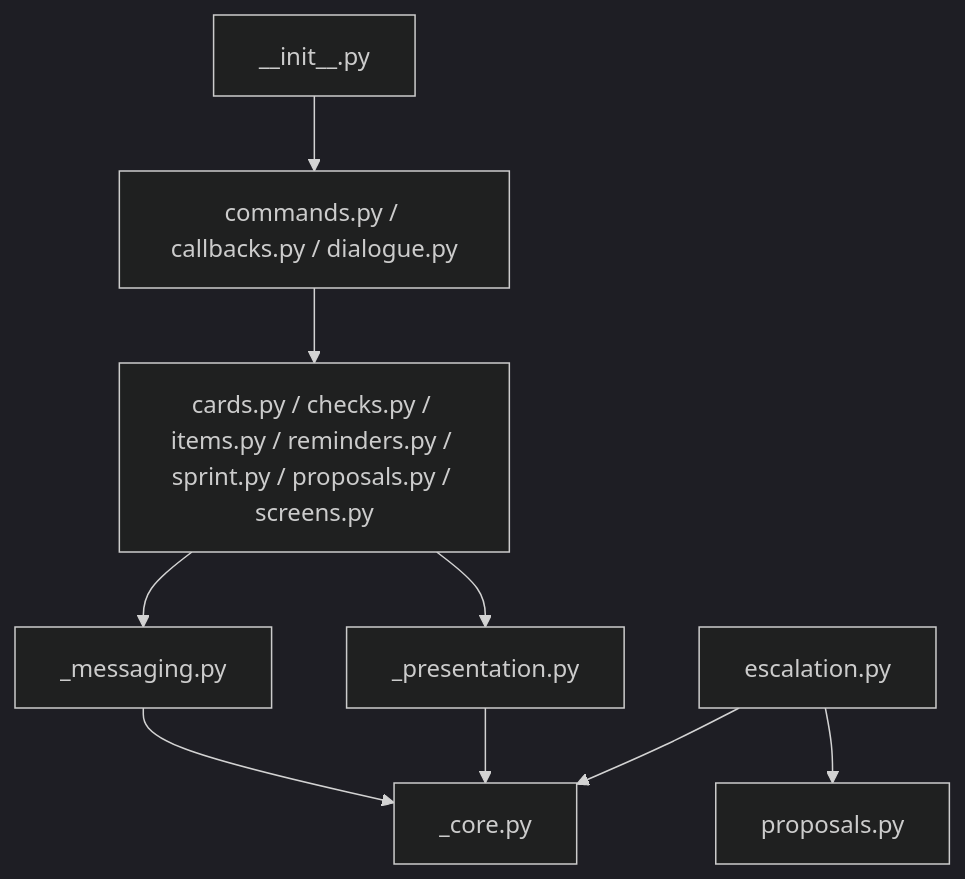
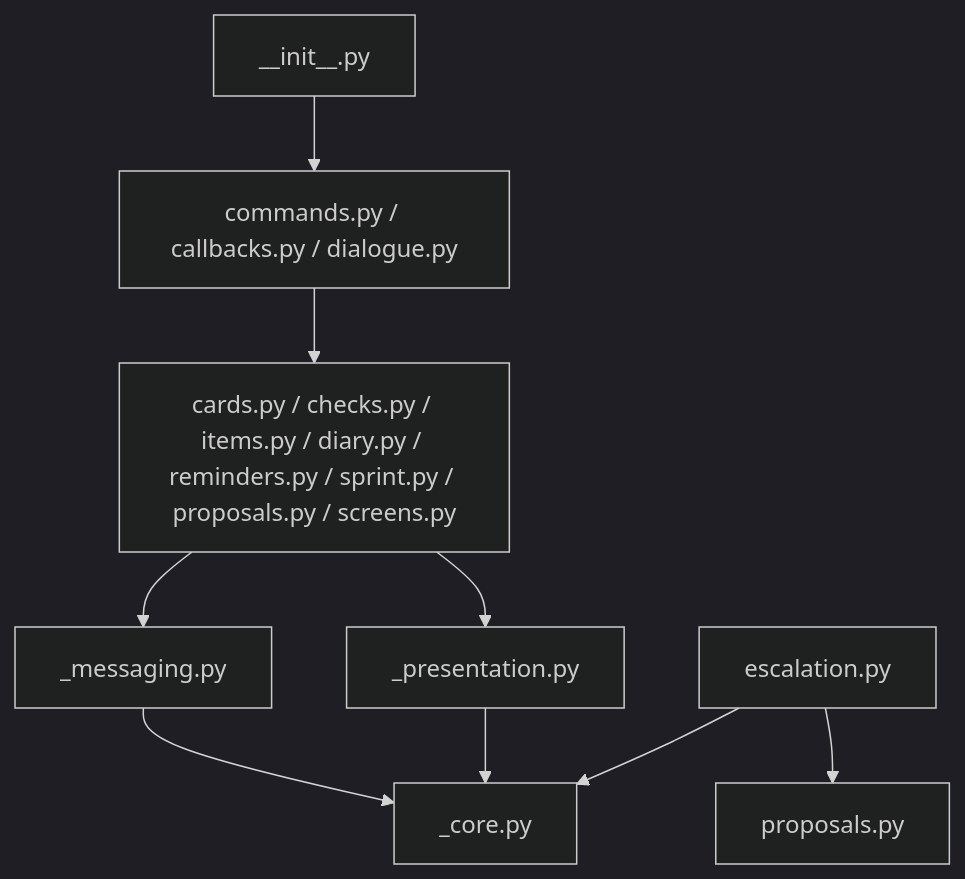
One commit to myvaheed/tg-ai-safwa changed the seventh of 12 diagrams in docs/STRUCTURE_GRAPH.md. Above: the diagram before and after it, drawn with Mermaid (dark theme). The commit also changed other lines of this file and 24 other files, not shown here.

````diff
--- a/docs/STRUCTURE_GRAPH.md
+++ b/docs/STRUCTURE_GRAPH.md
@@ -208,11 +210,11 @@
 ```mermaid
 flowchart TD
-    HANDLERS["commands.py / callbacks.py / dialogue.py"] --> FEATURES["cards.py / checks.py / items.py / reminders.py / sprint.py / proposals.py / screens.py"]
+    HANDLERS["commands.py / callbacks.py / dialogue.py"] --> FEATURES["cards.py / checks.py / items.py / diary.py / reminders.py / sprint.py / proposals.py / screens.py"]
     FEATURES --> IO["_messaging.py"]
     FEATURES --> VIEW["_presentation.py"]
     IO --> CORE["_core.py"]
     VIEW --> CORE
     ESC["escalation.py"] --> PROPOSALS["proposals.py"]
     ESC --> CORE
     INIT["__init__.py"] --> HANDLERS
 ```
````
